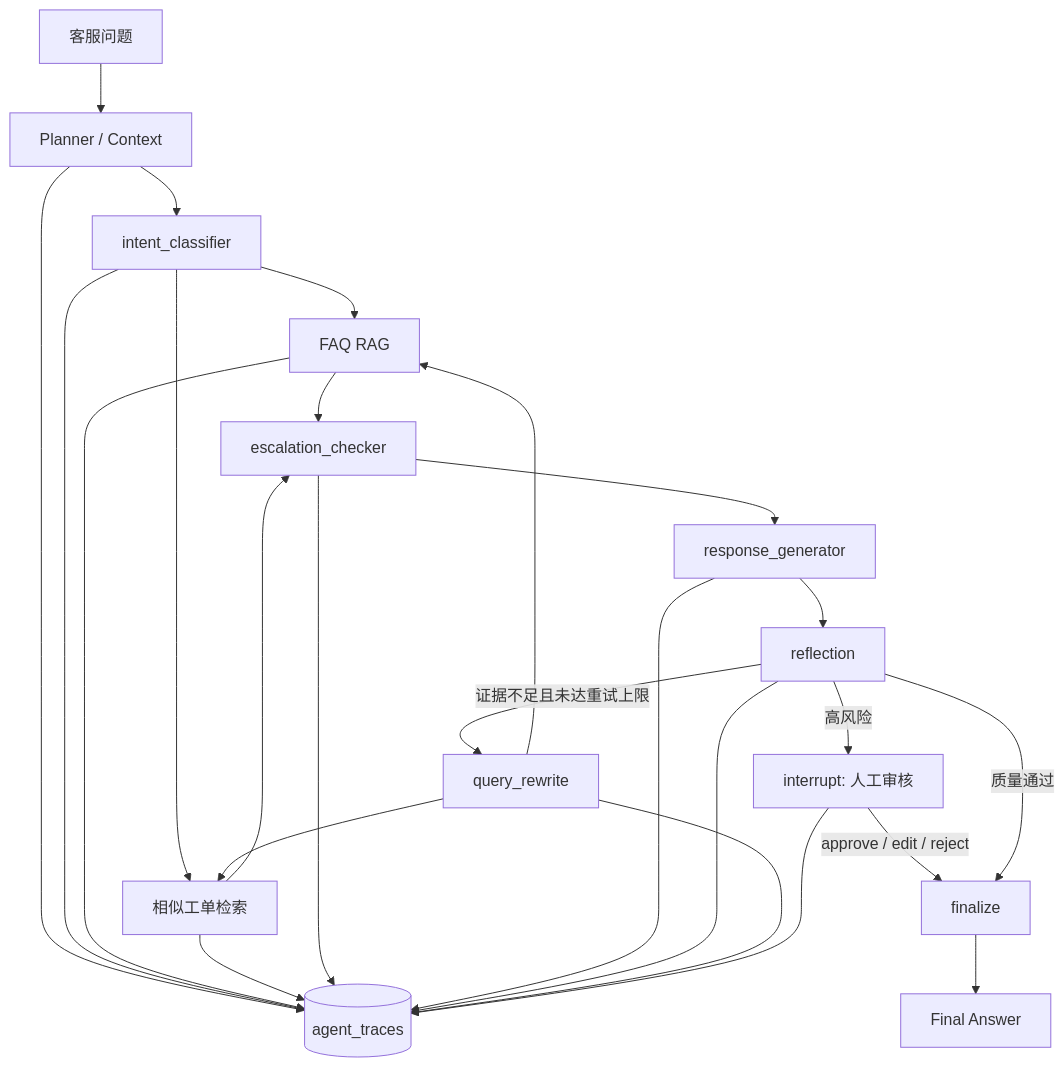
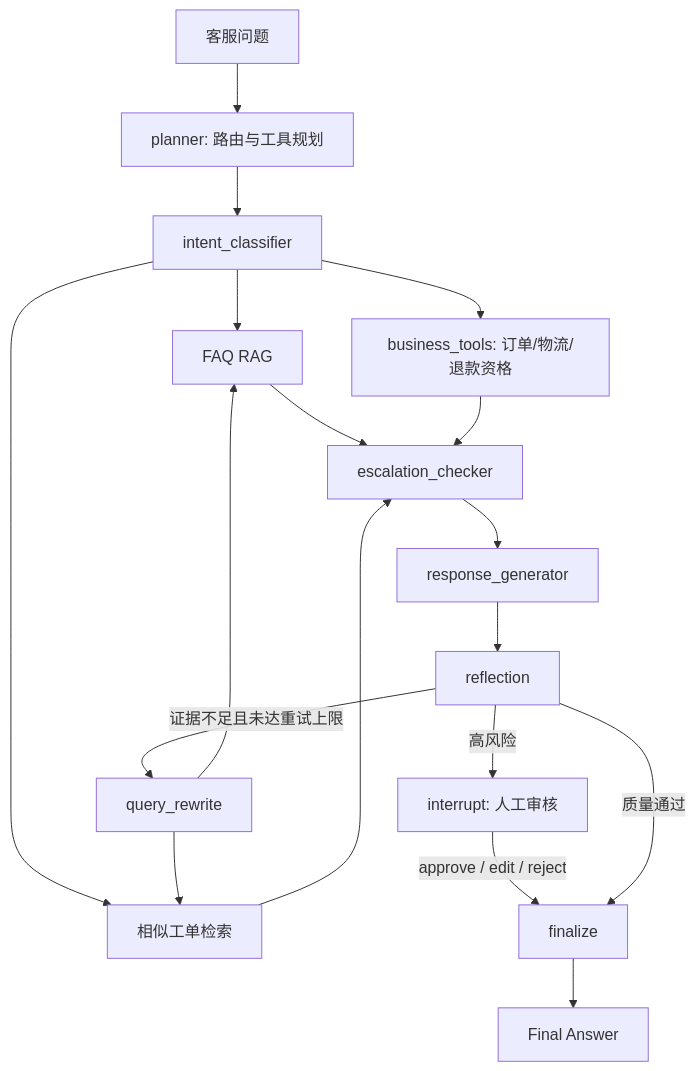
One commit to Miralchile/SupportOps-Agent changed the diagram in README.md. Above: the diagram before and after it, drawn with Mermaid. The commit also changed other lines of this file and 4 other files, not shown here.

First line of the commit message:
Document measured evaluation results and updated agent flow

````diff
--- a/README.md
+++ b/README.md
@@ -31,27 +31,20 @@
 ```mermaid
 flowchart TD
-  U[客服问题] --> P[Planner / Context]
+  U[客服问题] --> P[planner: 路由与工具规划]
   P --> I[intent_classifier]
   I --> R[FAQ RAG]
   I --> S[相似工单检索]
+  I --> T[business_tools: 订单/物流/退款资格]
   R --> E[escalation_checker]
   S --> E
+  T --> E
   E --> G[response_generator]
   G --> F[reflection]
   F -->|证据不足且未达重试上限| Q[query_rewrite]
   Q --> R
   Q --> S
   F -->|高风险| H[interrupt: 人工审核]
   H -->|approve / edit / reject| A[finalize]
   F -->|质量通过| A
   A --> O[Final Answer]
-  P --> T[(agent_traces)]
-  I --> T
-  R --> T
-  S --> T
-  E --> T
-  G --> T
-  F --> T
-  Q --> T
-  H --> T
 ```
````
